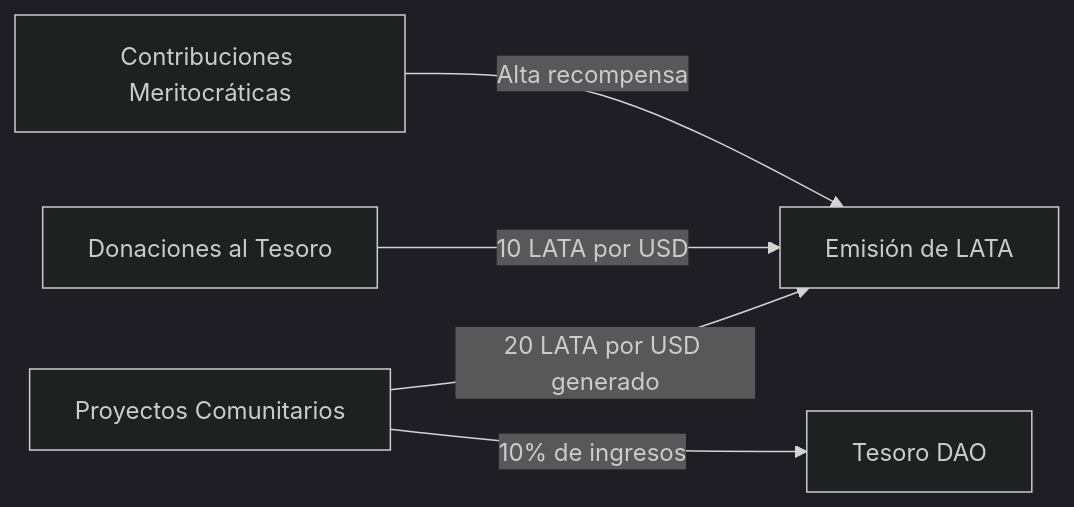
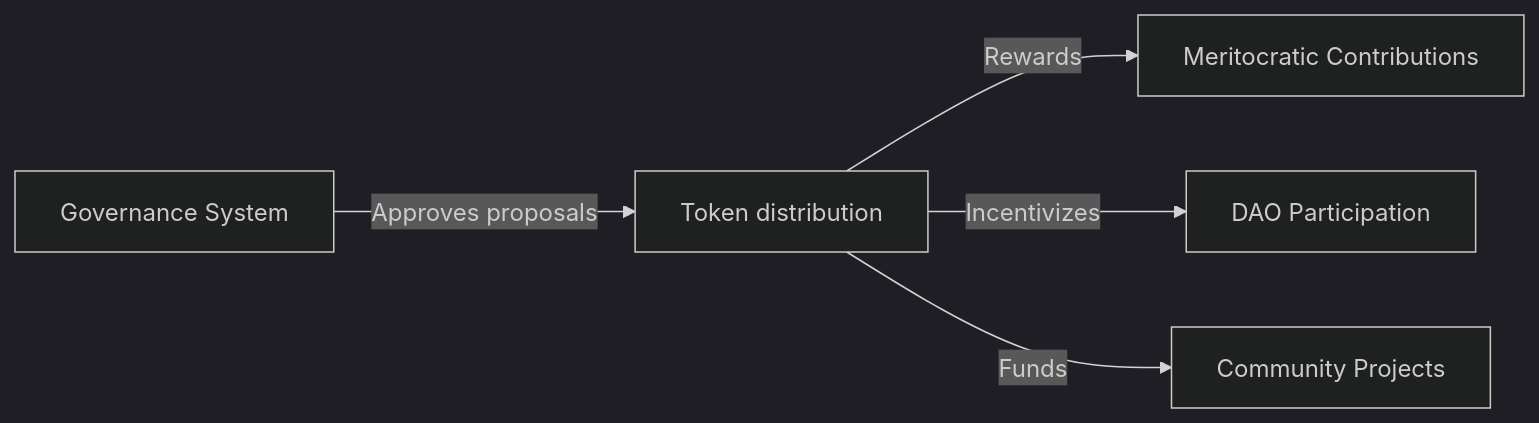
One commit to eth-ecuador/eth-ecuador-dao changed the third of 7 diagrams in YellowPaper.md. Above: the diagram before and after it, drawn with Mermaid (dark theme). The commit also changed other lines of this file, not shown here.

````diff
--- a/YellowPaper.md
+++ b/YellowPaper.md
@@ -148,7 +167,7 @@
 ```mermaid
 graph LR
-    A[Contribuciones Meritocráticas] -->|Alta recompensa| D[Emisión de LATA]
-    B[Donaciones al Tesoro] -->|10 LATA por USD| D
-    C[Proyectos Comunitarios] -->|20 LATA por USD generado| D
-    C -->|10% de ingresos| E[Tesoro DAO]
+    A[Governance System] -->|Approves proposals| B[Token distribution]
+    B -->|Rewards| C[Meritocratic Contributions]
+    B -->|Incentivizes| D[DAO Participation]
+    B -->|Funds| E[Community Projects]
 ```
````
